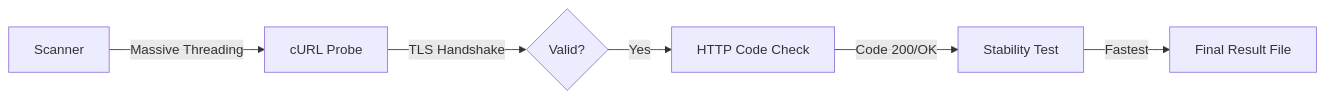
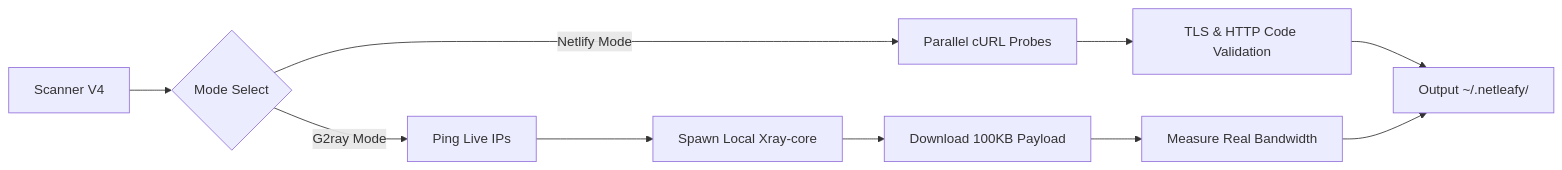
One commit to Code-Leafy/NetLeafyScanner changed the diagram in README.md. Above: the diagram before and after it, drawn with Mermaid. The commit also changed other lines of this file, not shown here.

````diff
--- a/README.md
+++ b/README.md
@@ -118,8 +151,12 @@
 ```mermaid
 graph LR
-    A[Scanner] -->|Massive Threading| B[cURL Probe]
-    B -->|TLS Handshake| C{Valid?}
-    C -->|Yes| D[HTTP Code Check]
-    D -->|Code 200/OK| E[Stability Test]
-    E -->|Fastest| F[Final Result File]
+    A[Scanner V4] --> B{Mode Select}
+    B -->|Netlify Mode| C[Parallel cURL Probes]
+    C --> D[TLS & HTTP Code Validation]
+    B -->|G2ray Mode| E[Ping Live IPs]
+    E --> F[Spawn Local Xray-core]
+    F --> G[Download 100KB Payload]
+    G --> H[Measure Real Bandwidth]
+    D --> I[Output ~/.netleafy/]
+    H --> I
 ```
````
